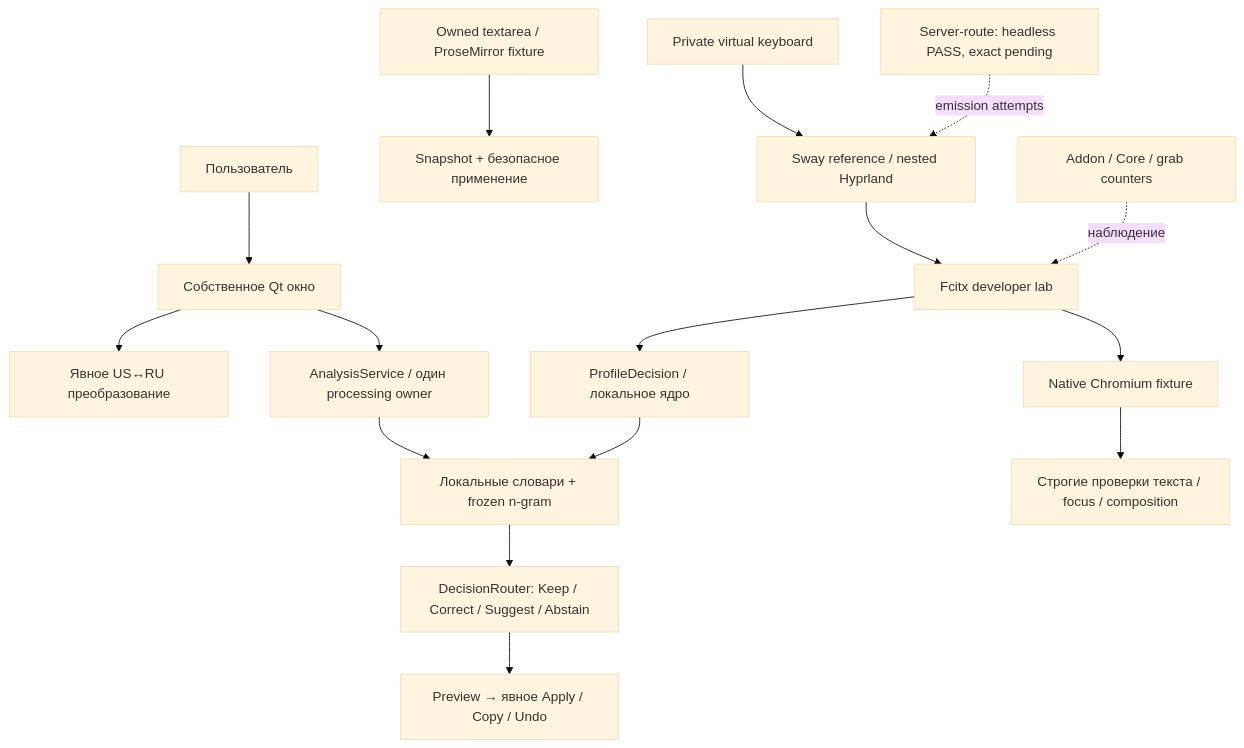
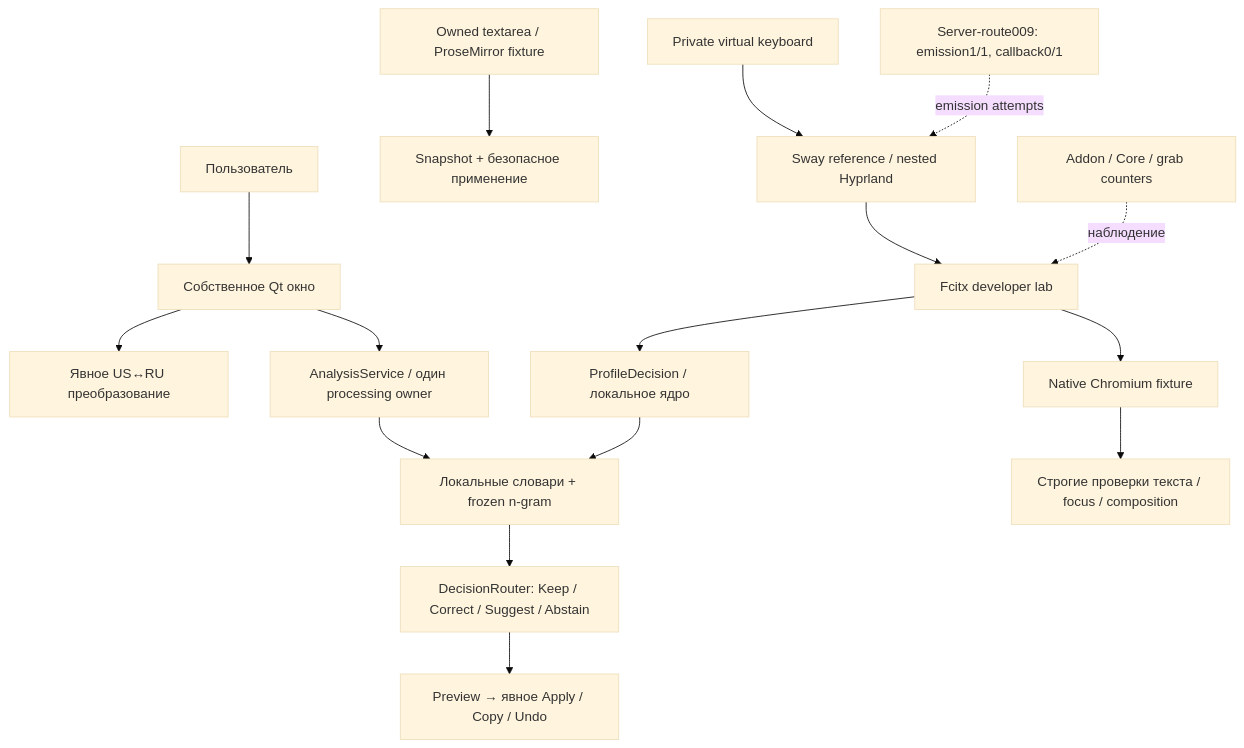
Before and after one commit to TebTengri/rasklad: the diagram in docs/PROJECT-MAP.md, drawn with Mermaid (base theme). The commit also changed other lines of this file and 8 other files, not shown here.

Commit message:
Observe exact Hyprland Space emission before missing client callback

````diff
--- a/docs/PROJECT-MAP.md
+++ b/docs/PROJECT-MAP.md
@@ -11,18 +11,18 @@
 ```mermaid
 flowchart TD
   User[Пользователь] --> UI[Собственное Qt окно]
   UI --> Convert[Явное US↔RU преобразование]
   UI --> Worker[AnalysisService / один processing owner]
   Worker --> Evidence[Локальные словари + frozen n-gram]
   Evidence --> Router[DecisionRouter: Keep / Correct / Suggest / Abstain]
   Router --> Preview[Preview → явное Apply / Copy / Undo]
   Browser[Owned textarea / ProseMirror fixture] --> Boundary[Snapshot + безопасное применение]
   Fcitx[Fcitx developer lab] --> Profile[ProfileDecision / локальное ядро]
   Profile --> Evidence
   VK[Private virtual keyboard] --> Compositor[Sway reference / nested Hyprland]
   Compositor --> Fcitx
   Fcitx --> Chromium[Native Chromium fixture]
   Chromium --> Oracle[Строгие проверки текста / focus / composition]
   AddonDiag[Addon / Core / grab counters] -. наблюдение .-> Fcitx
-  ServerDiag[Server-route: headless PASS, exact pending] -. emission attempts .-> Compositor
+  ServerDiag[Server-route009: emission1/1, callback0/1] -. emission attempts .-> Compositor
 ```
````
